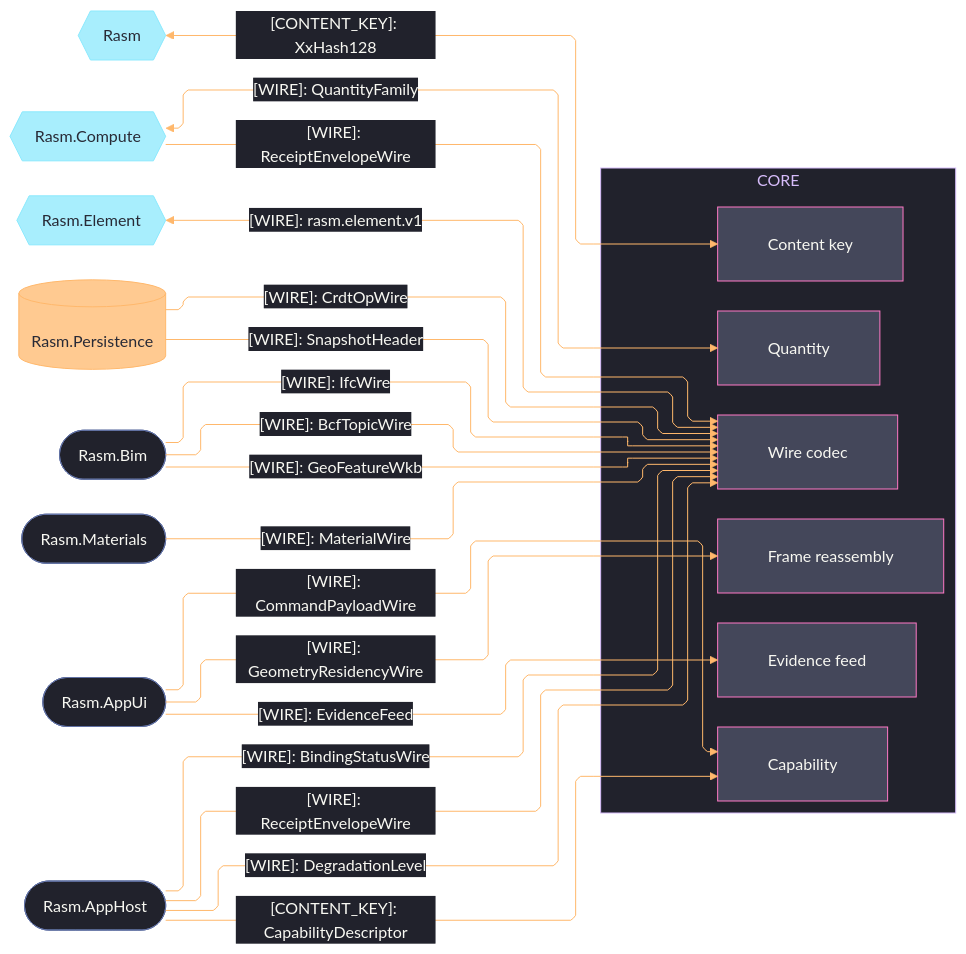
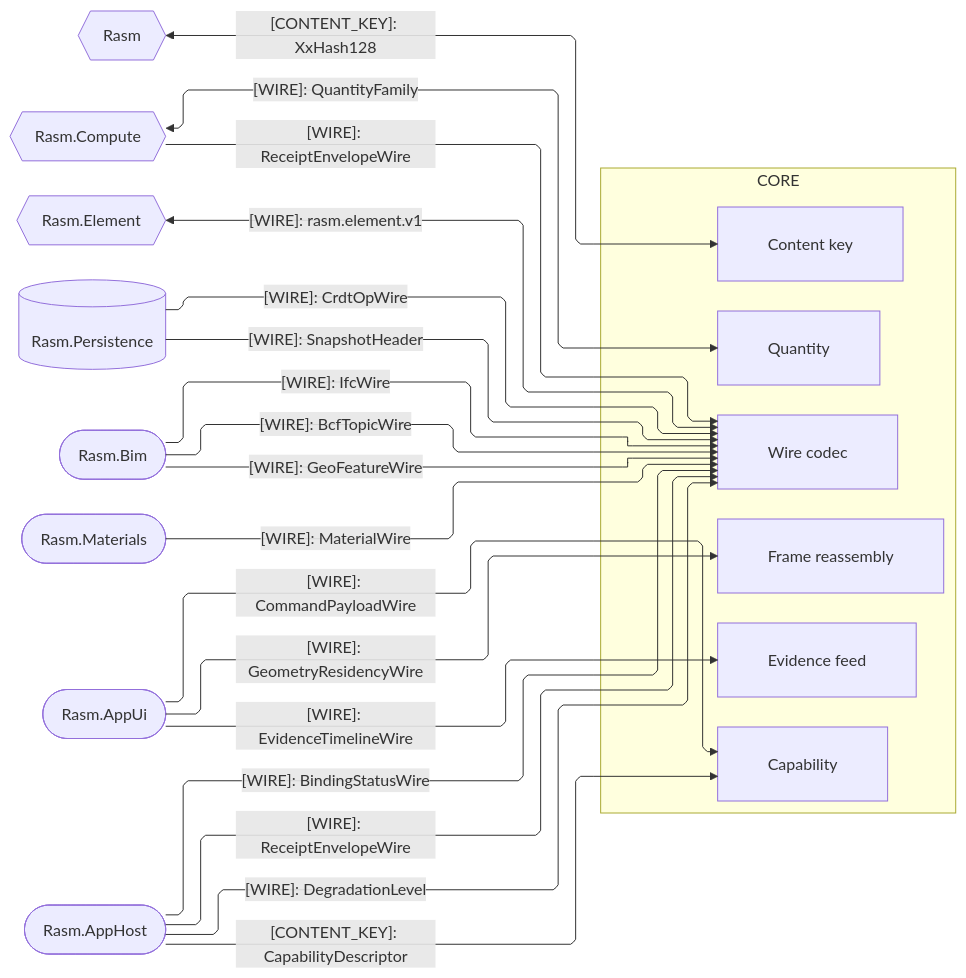
One commit to bsamiee/Rasm changed the second of 3 diagrams in libs/typescript/core/ARCHITECTURE.md. Above: the diagram before and after it, drawn with Mermaid. The commit also changed other lines of this file and 460 other files, not shown here.

````diff
--- a/libs/typescript/core/ARCHITECTURE.md
+++ b/libs/typescript/core/ARCHITECTURE.md
@@ -134,74 +107,45 @@
 ```mermaid
 ---
 config:
-  theme: base
-  look: classic
   layout: elk
   flowchart:
     curve: linear
     padding: 25
-  themeVariables:
-    darkMode: true
-    fontFamily: "SF Mono, Menlo, Cascadia Mono, Segoe UI Mono, Consolas, monospace"
-    useGradient: false
-    dropShadow: "none"
-    background: "#282A36"
-    primaryColor: "#44475A"
-    primaryTextColor: "#F8F8F2"
-    primaryBorderColor: "#BD93F9"
-    lineColor: "#FF79C6"
-    textColor: "#F8F8F2"
-    clusterBkg: "#21222C"
-    clusterBorder: "#D6BCFA"
-    edgeLabelBackground: "#21222C"
-    labelBackgroundColor: "#21222C"
-    titleColor: "#D6BCFA"
-  themeCSS: ".nodeLabel{font-size:13px;font-weight:500}.edgeLabel{font-size:12px;font-weight:500}.cluster-label .nodeLabel{font-size:13.5px;font-weight:700;letter-spacing:.08em}.edge-thickness-normal{stroke-width:2px}.edge-thickness-thick{stroke-width:3px}.edge-pattern-dashed,.edge-pattern-dotted{stroke-width:1.5px;stroke-dasharray:4 6}.node rect,.node circle,.node polygon,.node path,.node .outer-path{stroke-width:1.5px;filter:none!important}.cluster rect{stroke-width:1px!important;stroke-dasharray:5 4!important;filter:none!important}.marker path{transform:scale(.8);transform-origin:5px 5px}.marker circle{transform:scale(.48);transform-origin:5px 5px}.edgeLabel rect{transform-box:fill-box;transform-origin:center;transform:scale(1.1,1.2)}"
 ---
 flowchart LR
     accTitle: Core C# wire-plane seam registry
     accDescr: Core value, interchange, and state owners decoding kinded wires spelled verbatim from the C# endpoint pages — the kernel, compute, element, persistence, bim, materials, the app UI, and the app host — edge rails colored by kind and nodes classed by seam direction.
     subgraph core[CORE]
         ContentKey[Content key]
         Quantity[Quantity]
         Codec[Wire codec]
         Feed[Evidence feed]
         Frame[Frame reassembly]
         Invoke[Capability]
     end
     Rasm{{Rasm}}
     Compute{{Rasm.Compute}}
     Element{{Rasm.Element}}
     Persistence[(Rasm.Persistence)]
     Bim([Rasm.Bim])
     Materials([Rasm.Materials])
     AppUi([Rasm.AppUi])
     AppHost([Rasm.AppHost])
     Rasm e1@<-->|"[CONTENT_KEY]: XxHash128"| ContentKey
     Compute e2@<-->|"[WIRE]: QuantityFamily"| Quantity
     Compute e3@-->|"[WIRE]: ReceiptEnvelopeWire"| Codec
     Element e4@<-->|"[WIRE]: rasm.element.v1"| Codec
     Persistence e5@-->|"[WIRE]: CrdtOpWire"| Codec
     Persistence e6@-->|"[WIRE]: SnapshotHeader"| Codec
     Bim e7@-->|"[WIRE]: IfcWire"| Codec
     Bim e8@-->|"[WIRE]: BcfTopicWire"| Codec
-    Bim e9@-->|"[WIRE]: GeoFeatureWkb"| Codec
+    Bim e9@-->|"[WIRE]: GeoFeatureWire"| Codec
     Materials e10@-->|"[WIRE]: MaterialWire"| Codec
     AppUi e11@-->|"[WIRE]: CommandPayloadWire"| Invoke
     AppUi e12@-->|"[WIRE]: GeometryResidencyWire"| Frame
-    AppUi e13@-->|"[WIRE]: EvidenceFeed"| Feed
+    AppUi e13@-->|"[WIRE]: EvidenceTimelineWire"| Feed
     AppHost e14@-->|"[CONTENT_KEY]: CapabilityDescriptor"| Invoke
     AppHost e15@-->|"[WIRE]: ReceiptEnvelopeWire"| Codec
     AppHost e16@-->|"[WIRE]: DegradationLevel"| Codec
     AppHost e17@-->|"[WIRE]: BindingStatusWire"| Codec
-    classDef primary fill:#44475A,stroke:#FF79C6,color:#F8F8F2
-    classDef external fill:#8BE9FDBF,stroke:#8BE9FD,color:#282A36
-    classDef data fill:#FFB86CBF,stroke:#FFB86C,color:#282A36
-    classDef recessed fill:#21222C,stroke:#6272A4,color:#F8F8F2
-    classDef edgeData stroke:#FFB86C,color:#F8F8F2
-    class ContentKey,Quantity,Codec,Feed,Frame,Invoke primary
-    class Rasm,Compute,Element external
-    class Persistence data
-    class Bim,Materials,AppUi,AppHost recessed
-    class e1,e2,e3,e4,e5,e6,e7,e8,e9,e10,e11,e12,e13,e14,e15,e16,e17 edgeData
 ```
````
